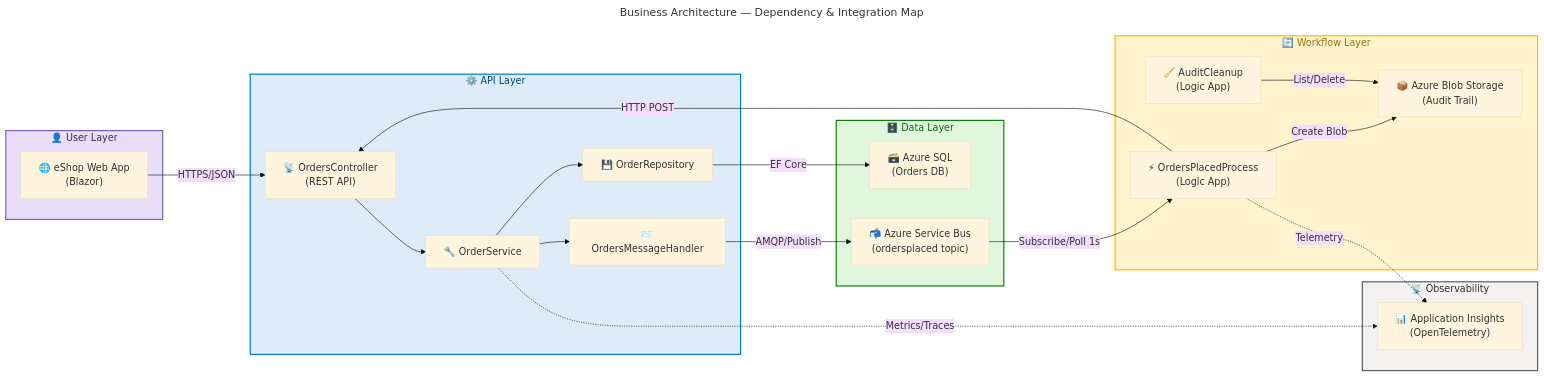
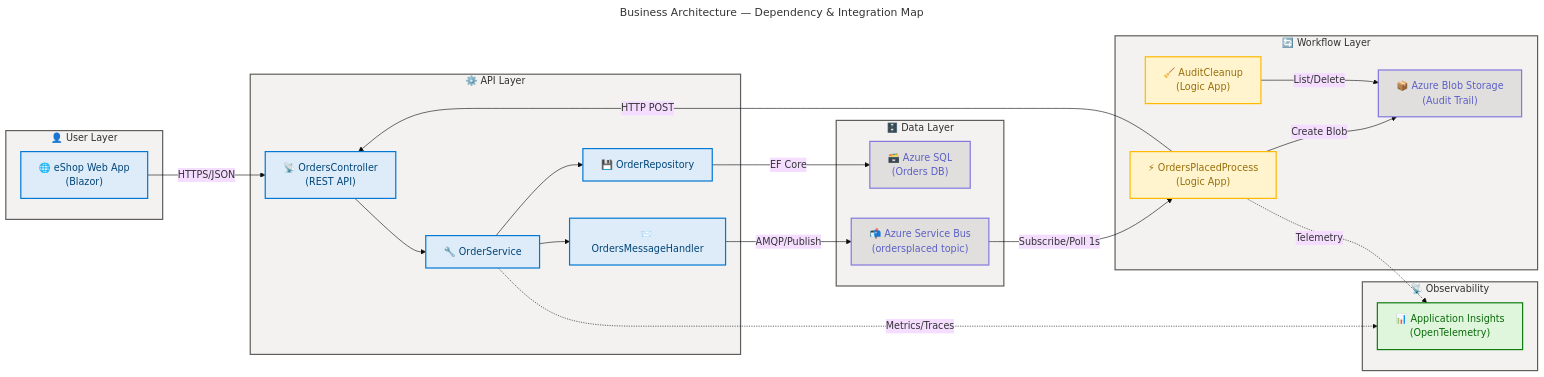
One commit to Evilazaro/Azure-LogicApps-Monitoring changed the sixth of 6 diagrams in docs/architecture/business-architecture.md. Above: the diagram before and after it, drawn with Mermaid. The commit also changed other lines of this file, not shown here.

Commit message:
Refactor flowchart styles and class definitions in business architecture documentation for improved clarity and consistency

````diff
--- a/docs/architecture/business-architecture.md
+++ b/docs/architecture/business-architecture.md
@@ -1154,67 +1174,77 @@
 ```mermaid
 ---
 title: Business Architecture — Dependency & Integration Map
 config:
   theme: base
   look: classic
   layout: dagre
   themeVariables:
     fontSize: '16px'
   flowchart:
     htmlLabels: true
 ---
 flowchart LR
     accTitle: Business Architecture Dependency Map
     accDescr: Shows integration patterns and data flows between Web App, Orders API, Service Bus, Logic Apps, SQL, Blob Storage, and Application Insights
 
     %% ═══════════════════════════════════════════════════════════════════════════
     %% AZURE / FLUENT ARCHITECTURE PATTERN v1.1
+    %% (Semantic + Structural + Font + Accessibility Governance)
+    %% ═══════════════════════════════════════════════════════════════════════════
+    %% PHASE 1 - STRUCTURAL: Direction explicit, flat topology, nesting ≤ 3
+    %% PHASE 2 - SEMANTIC: Colors justified, max 5 semantic classes, neutral-first
+    %% PHASE 3 - FONT: Dark text on light backgrounds, contrast ≥ 4.5:1
+    %% PHASE 4 - ACCESSIBILITY: accTitle/accDescr present, icons on all nodes
+    %% PHASE 5 - STANDARD: Governance block present, classDefs centralized
     %% ═══════════════════════════════════════════════════════════════════════════
 
     subgraph UserLayer["👤 User Layer"]
-        WebApp["🌐 eShop Web App<br/>(Blazor)"]
+        WebApp["🌐 eShop Web App<br/>(Blazor)"]:::core
     end
 
     subgraph APILayer["⚙️ API Layer"]
-        Controller["📡 OrdersController<br/>(REST API)"]
-        Service["🔧 OrderService"]
-        Repo["💾 OrderRepository"]
-        MsgHandler["📨 OrdersMessageHandler"]
+        Controller["📡 OrdersController<br/>(REST API)"]:::core
+        Service["🔧 OrderService"]:::core
+        Repo["💾 OrderRepository"]:::core
+        MsgHandler["📨 OrdersMessageHandler"]:::core
     end
 
     subgraph DataLayer["🗄️ Data Layer"]
-        SQL["🗃️ Azure SQL<br/>(Orders DB)"]
-        ServiceBus["📬 Azure Service Bus<br/>(ordersplaced topic)"]
+        SQL["🗃️ Azure SQL<br/>(Orders DB)"]:::data
+        ServiceBus["📬 Azure Service Bus<br/>(ordersplaced topic)"]:::data
     end
 
     subgraph WorkflowLayer["🔄 Workflow Layer"]
-        LogicApp1["⚡ OrdersPlacedProcess<br/>(Logic App)"]
-        LogicApp2["🧹 AuditCleanup<br/>(Logic App)"]
-        Blob["📦 Azure Blob Storage<br/>(Audit Trail)"]
+        LogicApp1["⚡ OrdersPlacedProcess<br/>(Logic App)"]:::warning
+        LogicApp2["🧹 AuditCleanup<br/>(Logic App)"]:::warning
+        Blob["📦 Azure Blob Storage<br/>(Audit Trail)"]:::data
     end
 
     subgraph ObservabilityLayer["📡 Observability"]
-        AppInsights["📊 Application Insights<br/>(OpenTelemetry)"]
+        AppInsights["📊 Application Insights<br/>(OpenTelemetry)"]:::success
     end
 
     WebApp -->|"HTTPS/JSON"| Controller
     Controller --> Service
     Service --> Repo
     Repo -->|"EF Core"| SQL
     Service --> MsgHandler
     MsgHandler -->|"AMQP/Publish"| ServiceBus
     ServiceBus -->|"Subscribe/Poll 1s"| LogicApp1
     LogicApp1 -->|"HTTP POST"| Controller
     LogicApp1 -->|"Create Blob"| Blob
     LogicApp2 -->|"List/Delete"| Blob
     Service -.->|"Metrics/Traces"| AppInsights
     LogicApp1 -.->|"Telemetry"| AppInsights
 
-    style UserLayer fill:#E8DEF8,stroke:#7B61BC,stroke-width:2px,color:#3B2E58
-    style APILayer fill:#DEECF9,stroke:#0078D4,stroke-width:2px,color:#004578
-    style DataLayer fill:#DFF6DD,stroke:#107C10,stroke-width:2px,color:#0B6A0B
-    style WorkflowLayer fill:#FFF4CE,stroke:#FFB900,stroke-width:2px,color:#986F0B
+    style UserLayer fill:#F3F2F1,stroke:#605E5C,stroke-width:2px,color:#323130
+    style APILayer fill:#F3F2F1,stroke:#605E5C,stroke-width:2px,color:#323130
+    style DataLayer fill:#F3F2F1,stroke:#605E5C,stroke-width:2px,color:#323130
+    style WorkflowLayer fill:#F3F2F1,stroke:#605E5C,stroke-width:2px,color:#323130
     style ObservabilityLayer fill:#F3F2F1,stroke:#605E5C,stroke-width:2px,color:#323130
 
-    classDef neutral fill:#FAFAFA,stroke:#8A8886,stroke-width:2px,color:#323130
+    classDef core fill:#DEECF9,stroke:#0078D4,stroke-width:2px,color:#004578
+    classDef data fill:#E1DFDD,stroke:#8378DE,stroke-width:2px,color:#5B5FC7
+    classDef warning fill:#FFF4CE,stroke:#FFB900,stroke-width:2px,color:#986F0B
+    classDef success fill:#DFF6DD,stroke:#107C10,stroke-width:2px,color:#0B6A0B
 ```
````
